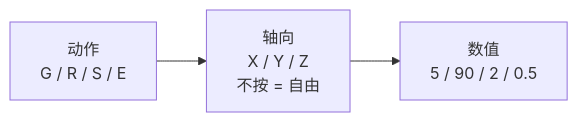
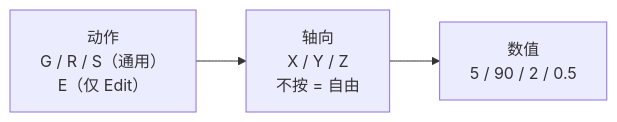
Before and after one commit to liuchamp/blenderdsv1: the first of 4 diagrams in Blender笔记/00-基础/03-变换系统-G-R-S.md, drawn with Mermaid. The commit also changed other lines of this file and 4 other files, not shown here.

````diff
--- a/Blender笔记/00-基础/03-变换系统-G-R-S.md
+++ b/Blender笔记/00-基础/03-变换系统-G-R-S.md
@@ -10,4 +11,4 @@
 ```mermaid
 flowchart LR
-    Act["动作<br/>G / R / S / E"] --> Axis["轴向<br/>X / Y / Z<br/>不按 = 自由"] --> Num["数值<br/>5 / 90 / 2 / 0.5"]
+    Act["动作<br/>G / R / S（通用）<br/>E（仅 Edit）"] --> Axis["轴向<br/>X / Y / Z<br/>不按 = 自由"] --> Num["数值<br/>5 / 90 / 2 / 0.5"]
 ```
````
